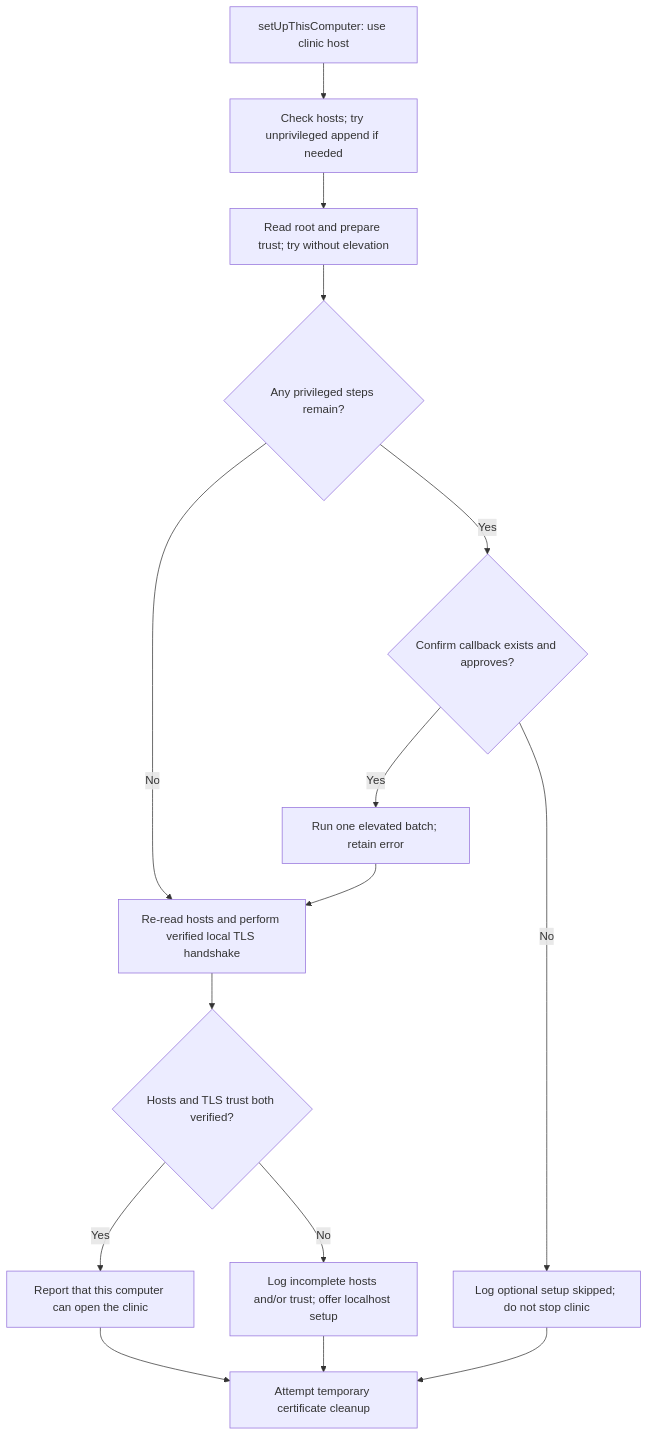
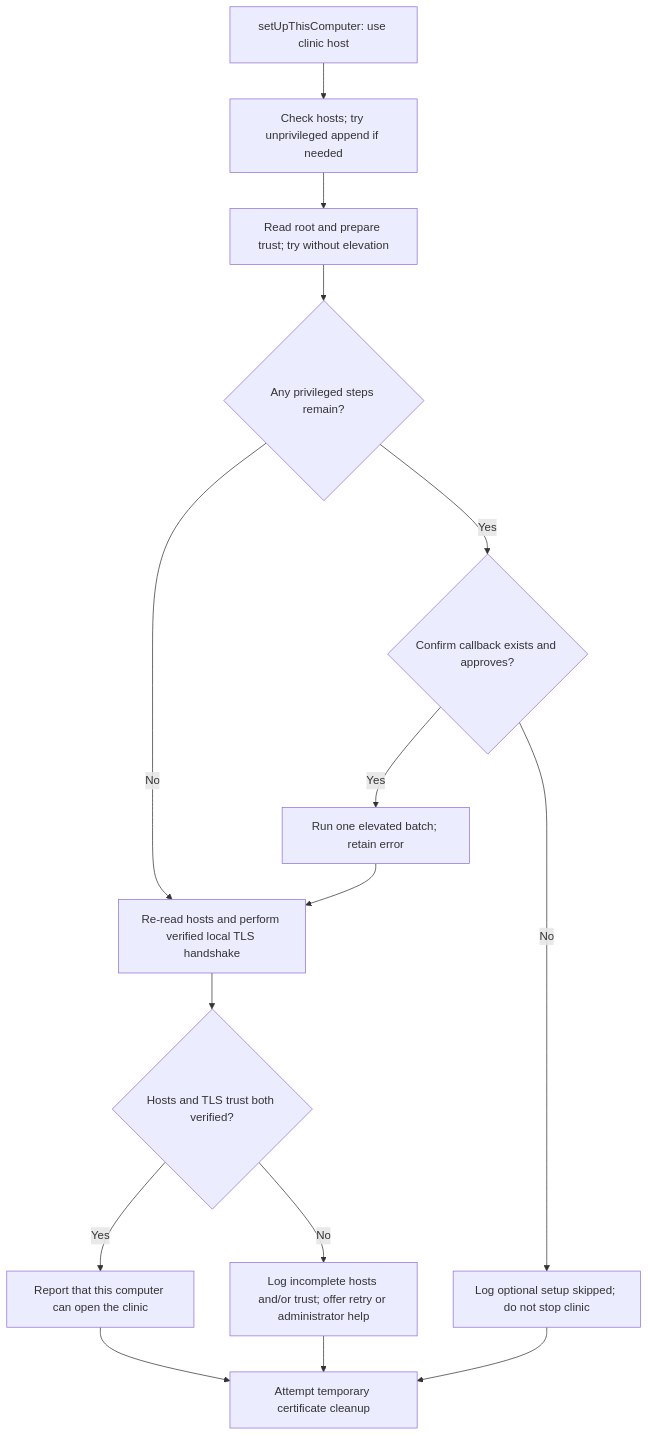
One commit to ohcnetwork/care_desktop changed the second of 6 diagrams in docs/native-integrations.md. Above: the diagram before and after it, drawn with Mermaid. The commit also changed other lines of this file and 50 other files, not shown here.

````diff
--- a/docs/native-integrations.md
+++ b/docs/native-integrations.md
@@ -348,17 +351,17 @@
 ```mermaid
 flowchart TD
     Begin["setUpThisComputer: use clinic host"] --> Hosts["Check hosts; try unprivileged append if needed"]
     Hosts --> Trust["Read root and prepare trust; try without elevation"]
     Trust --> Needed{"Any privileged steps remain?"}
     Needed -- No --> Verify["Re-read hosts and perform verified local TLS handshake"]
     Needed -- Yes --> Confirm{"Confirm callback exists and approves?"}
     Confirm -- No --> Skipped["Log optional setup skipped; do not stop clinic"]
     Confirm -- Yes --> Elevate["Run one elevated batch; retain error"]
     Elevate --> Verify
     Verify --> Ready{"Hosts and TLS trust both verified?"}
     Ready -- Yes --> Success["Report that this computer can open the clinic"]
-    Ready -- No --> Pending["Log incomplete hosts and/or trust; offer localhost setup"]
+    Ready -- No --> Pending["Log incomplete hosts and/or trust; offer retry or administrator help"]
     Success --> Cleanup["Attempt temporary certificate cleanup"]
     Pending --> Cleanup
     Skipped --> Cleanup
 ```
````
